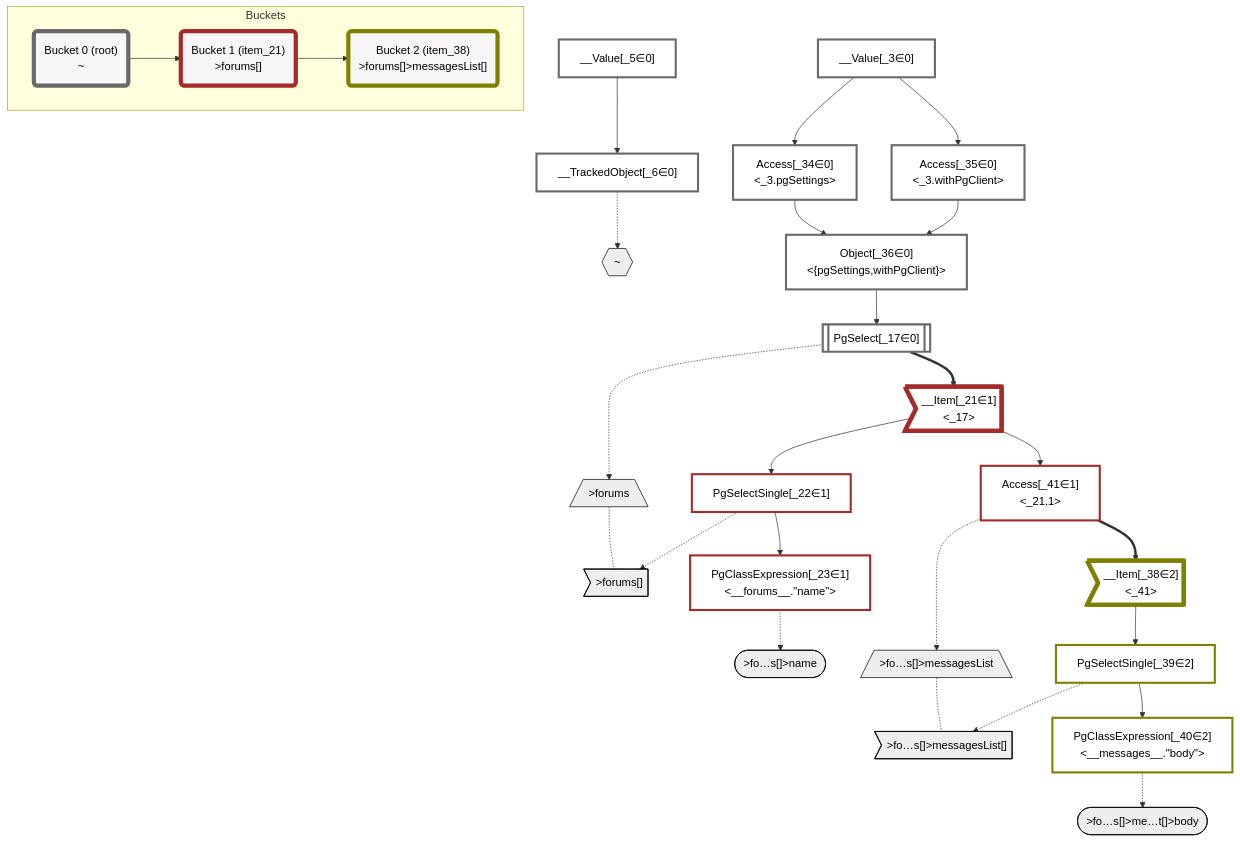
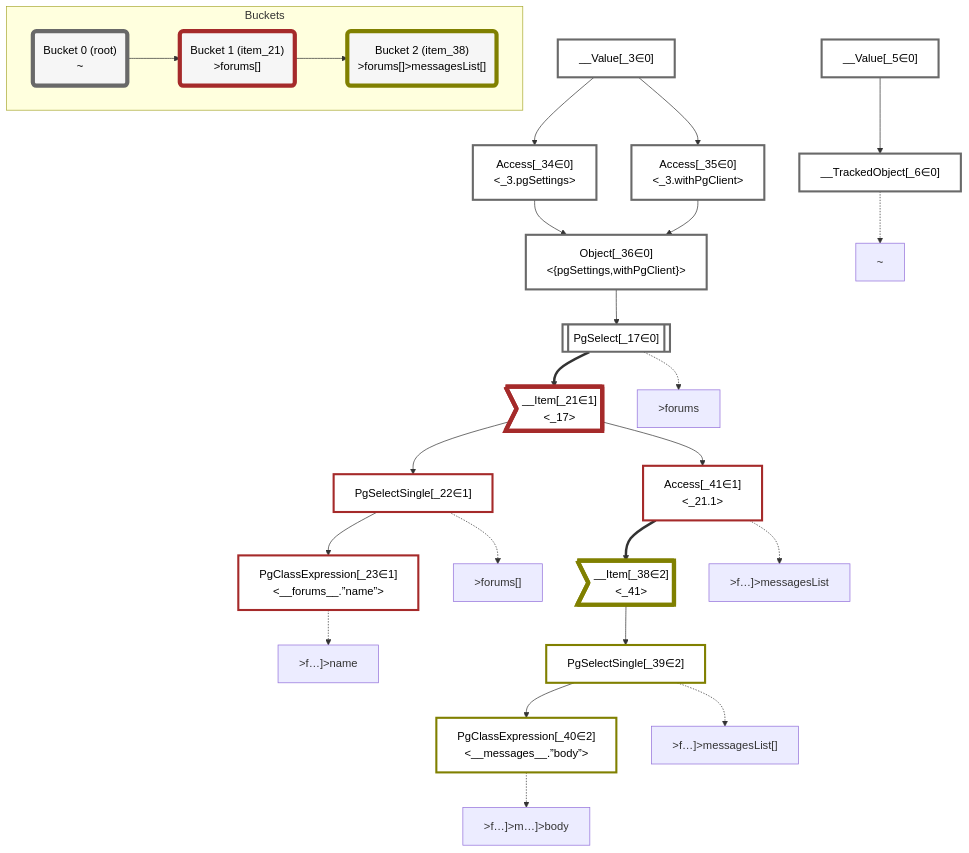
Before and after one commit to graphile/crystal: the diagram in packages/dataplan-pg/__tests__/queries/conditions/basics.mermaid.md, drawn with Mermaid. The commit also changed 195 other files, not shown here.

```diff
--- a/packages/dataplan-pg/__tests__/queries/conditions/basics.mermaid.md
+++ b/packages/dataplan-pg/__tests__/queries/conditions/basics.mermaid.md
@@ -6,21 +6,6 @@
     classDef sideeffectplan fill:#f00,stroke-width:6px,color:#000
     classDef bucket fill:#f6f6f6,color:#000,stroke-width:6px
 
-    %% subgraph fields
-    P1{{"~"}}:::path
-    P2[/">forums"\]:::path
-    P3>">forums[]"]:::path
-    P2 -.- P3
-    P4([">fo…s[]>name"]):::path
-    %% P3 -.-> P4
-    P5[/">fo…s[]>messagesList"\]:::path
-    P6>">fo…s[]>messagesList[]"]:::path
-    P5 -.- P6
-    P7([">fo…s[]>me…t[]>body"]):::path
-    %% P6 -.-> P7
-    %% P3 -.-> P5
-    %% P1 -.-> P2
-    %% end
 
     %% define plans
     __Value_3["__Value[_3∈0]<br /><context>"]:::plan
@@ -29,13 +14,13 @@
     PgSelect_17[["PgSelect[_17∈0]<br /><forums>"]]:::plan
     __Item_21>"__Item[_21∈1]<br /><_17>"]:::itemplan
     PgSelectSingle_22["PgSelectSingle[_22∈1]<br /><forums>"]:::plan
-    PgClassExpression_23["PgClassExpression[_23∈1]<br /><__forums__.#quot;name#quot;>"]:::plan
+    PgClassExpression_23["PgClassExpression[_23∈1]<br /><__forums__.”name”>"]:::plan
     Access_34["Access[_34∈0]<br /><_3.pgSettings>"]:::plan
     Access_35["Access[_35∈0]<br /><_3.withPgClient>"]:::plan
     Object_36["Object[_36∈0]<br /><{pgSettings,withPgClient}>"]:::plan
     __Item_38>"__Item[_38∈2]<br /><_41>"]:::itemplan
     PgSelectSingle_39["PgSelectSingle[_39∈2]<br /><messages>"]:::plan
-    PgClassExpression_40["PgClassExpression[_40∈2]<br /><__messages__.#quot;body#quot;>"]:::plan
+    PgClassExpression_40["PgClassExpression[_40∈2]<br /><__messages__.”body”>"]:::plan
     Access_41["Access[_41∈1]<br /><_21.1>"]:::plan
 
     %% plan dependencies
@@ -54,12 +39,19 @@
     __Item_21 --> Access_41
 
     %% plan-to-path relationships
+    P1["~"]
     __TrackedObject_6 -.-> P1
+    P2[">forums"]
     PgSelect_17 -.-> P2
+    P3[">forums[]"]
     PgSelectSingle_22 -.-> P3
+    P4[">f…]>name"]
     PgClassExpression_23 -.-> P4
+    P5[">f…]>messagesList"]
     Access_41 -.-> P5
+    P6[">f…]>messagesList[]"]
     PgSelectSingle_39 -.-> P6
+    P7[">f…]>m…]>body"]
     PgClassExpression_40 -.-> P7
 
     %% allocate buckets
```
